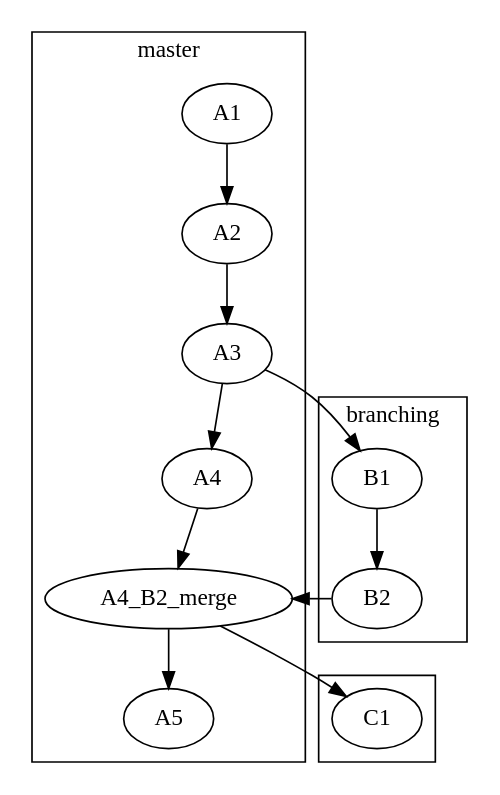
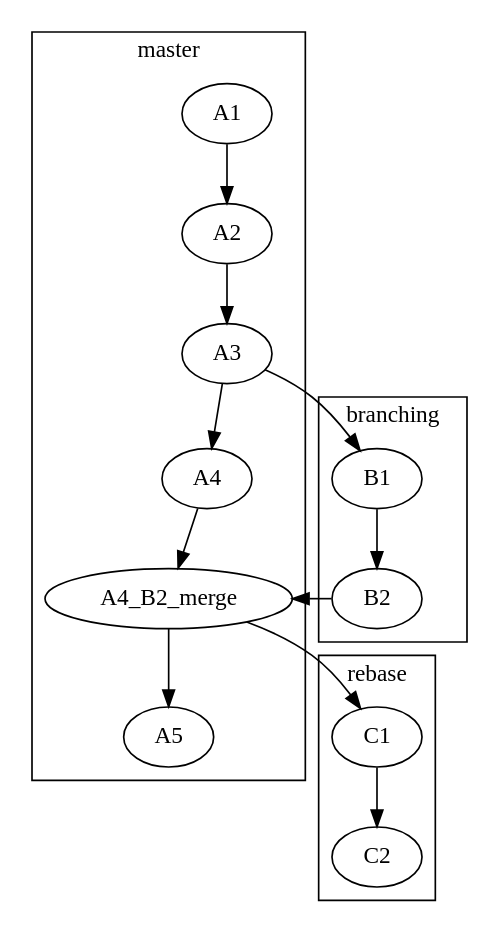
One commit to java8-course/get-flow changed the diagram in tree.dot. Above: the diagram before and after it, drawn with Graphviz.

```diff
--- a/tree.dot
+++ b/tree.dot
@@ -1,31 +1,32 @@
 digraph tree {
     subgraph cluster_master {
         label="master"
         A1 -> A2 -> A3 -> A4 -> A4_B2_merge -> A5
         
 //         br_master [shape=rectangle; label="master"]
         
     //     br_master -> A1 [style=dashed]
     //     br_master -> A2 [style=dashed]
 //         br_master -> A5
 //         
 //         {rank=same; A5; br_master}
     }
     
     subgraph cluster_branching {
         label="branching"
         B1 -> B2
 //         br_branching [shape=rectangle; label="branching"]
 //         br_branching -> B2
 //         {rank=same; B2; br_branching}
     }
     
     A3 -> B1
     B2 -> A4_B2_merge
     
     subgraph cluster_rebase {
-        C1
+        label="rebase"
+        C1 -> C2
     }
     
     A4_B2_merge -> C1
 }
```
